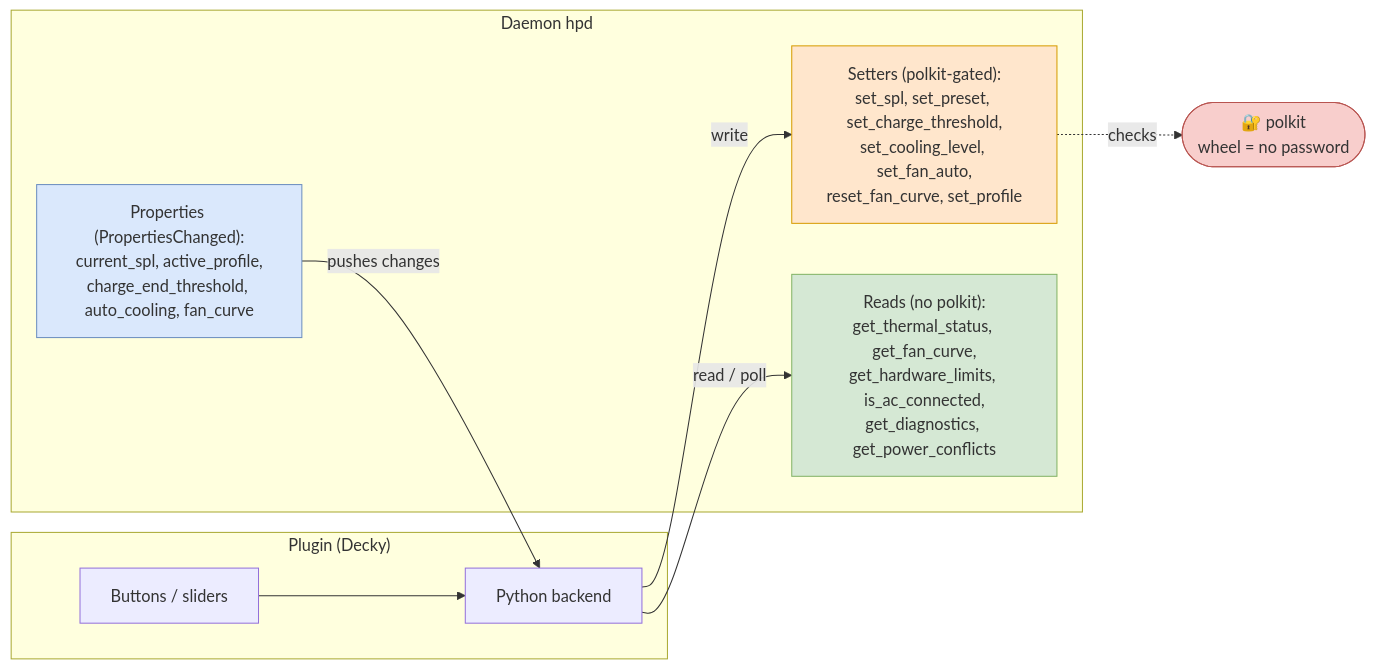
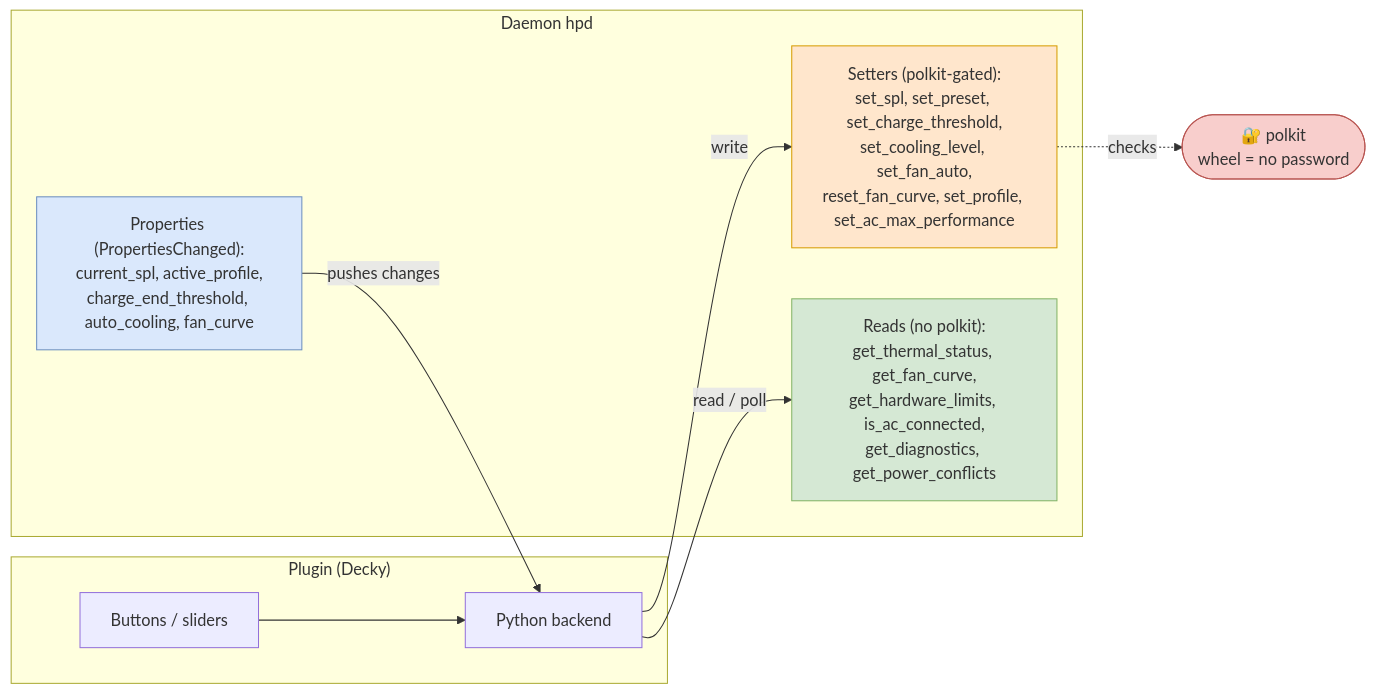
The tenth of 17 diagrams in docs/DIAGRAMS.md (CiroDev-Git/hpd-handheld-power-daemon), drawn with Mermaid before and after one commit. The commit also changed other lines of this file and 22 other files, not shown here.

````diff
--- a/docs/DIAGRAMS.md
+++ b/docs/DIAGRAMS.md
@@ -254,24 +254,24 @@
 ```mermaid
 flowchart LR
     subgraph PLUGIN["Plugin (Decky)"]
         FEc["Buttons / sliders"]
         PYc["Python backend"]
     end
     subgraph DAEMON["Daemon hpd"]
-        SET["Setters (polkit-gated):<br/>set_spl, set_preset, set_charge_threshold,<br/>set_cooling_level, set_fan_auto,<br/>reset_fan_curve, set_profile"]
+        SET["Setters (polkit-gated):<br/>set_spl, set_preset, set_charge_threshold,<br/>set_cooling_level, set_fan_auto,<br/>reset_fan_curve, set_profile, set_ac_max_performance"]
         GET["Reads (no polkit):<br/>get_thermal_status, get_fan_curve,<br/>get_hardware_limits, is_ac_connected,<br/>get_diagnostics, get_power_conflicts"]
         PROP["Properties (PropertiesChanged):<br/>current_spl, active_profile,<br/>charge_end_threshold, auto_cooling, fan_curve"]
     end
     POLKIT(["🔐 polkit<br/>wheel = no password"])
 
     FEc --> PYc
     PYc -->|"write"| SET
     SET -.->|"checks"| POLKIT
     PYc -->|"read / poll"| GET
     PROP -->|"pushes changes"| PYc
 
     style SET fill:#ffe6cc,stroke:#d79b00
     style GET fill:#d5e8d4,stroke:#82b366
     style PROP fill:#dae8fc,stroke:#6c8ebf
     style POLKIT fill:#f8cecc,stroke:#b85450
 ```
````
